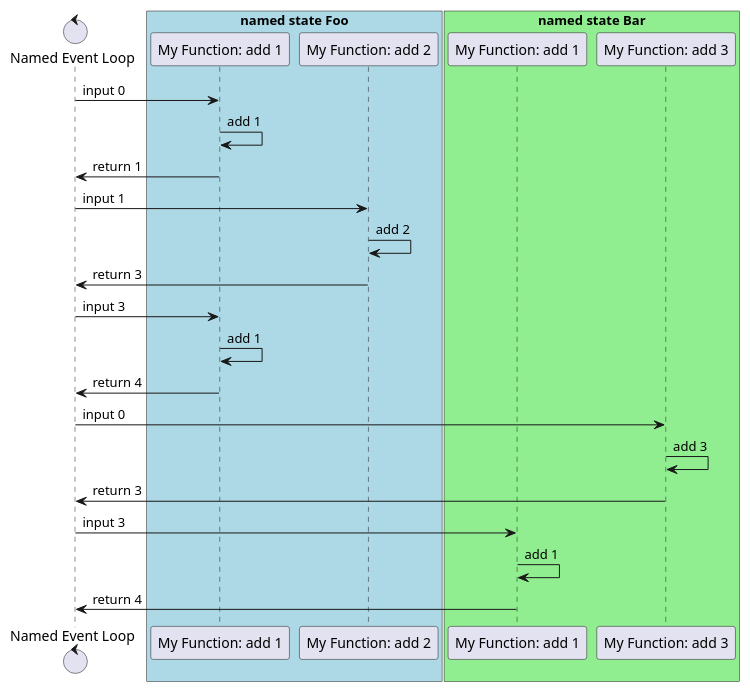
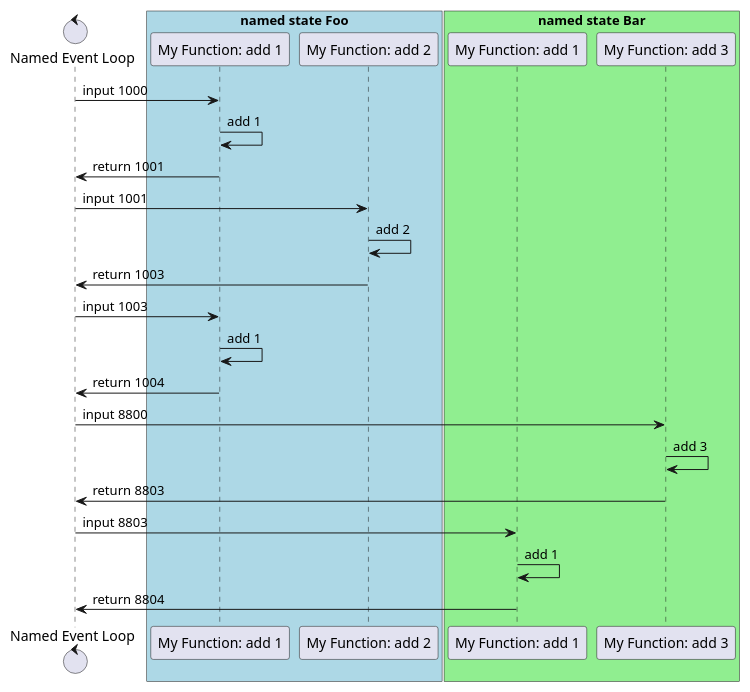
Before and after one commit to functional-sc/ulisp-managed-state-event-loop: the diagram in docs/named-sate-sequence.puml, drawn with PlantUML. The commit also changed 1 other file, not shown here.

```diff
--- a/docs/named-sate-sequence.puml
+++ b/docs/named-sate-sequence.puml
@@ -1,36 +1,36 @@
 @startuml
 control "Named Event Loop" as el
 
 box "named state Foo" #LightBlue
 participant "My Function: add 1" as my1
 participant "My Function: add 2" as my2
 end box
 
 box "named state Bar" #LightGreen
 participant "My Function: add 1" as my4
 participant "My Function: add 3" as my3
 end box
 
-el  -> my1 : input 0
+el  -> my1 : input 1000
 my1 -> my1 : add 1
-el  <- my1 : return 1
+el  <- my1 : return 1001
 
 
-el ->  my2 : input 1
+el ->  my2 : input 1001
 my2 -> my2 : add 2
-el  <- my2 : return 3
+el  <- my2 : return 1003
 
 
-el -> my1  : input 3
+el -> my1  : input 1003
 my1 -> my1 : add 1
-el  <- my1 : return 4
+el  <- my1 : return 1004
 
 
-el ->  my3 : input 0
+el ->  my3 : input 8800
 my3 -> my3 : add 3
-el  <- my3 : return 3
+el  <- my3 : return 8803
 
-el ->  my4 : input 3
+el ->  my4 : input 8803
 my4 -> my4 : add 1
-el  <- my4 : return 4
+el  <- my4 : return 8804
 @enduml
```
